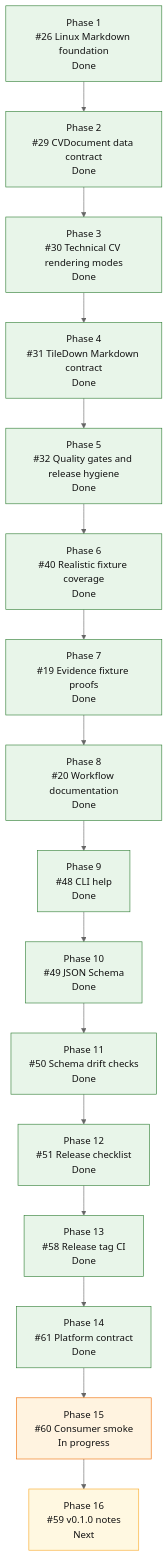
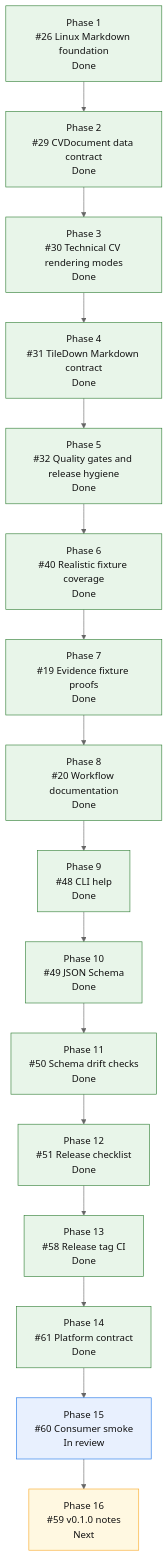
Before and after one commit to mihaelamj/cvbuilder: the diagram in README.md, drawn with Mermaid (neutral theme). The commit also changed 1 other file, not shown here.

Commit message:
docs(roadmap): mark consumer smoke in review

````diff
--- a/README.md
+++ b/README.md
@@ -167,32 +167,32 @@
 ```mermaid
 flowchart TD
     P1["Phase 1<br/>#26 Linux Markdown foundation<br/>Done"]
     P2["Phase 2<br/>#29 CVDocument data contract<br/>Done"]
     P3["Phase 3<br/>#30 Technical CV rendering modes<br/>Done"]
     P4["Phase 4<br/>#31 TileDown Markdown contract<br/>Done"]
     P5["Phase 5<br/>#32 Quality gates and release hygiene<br/>Done"]
     P6["Phase 6<br/>#40 Realistic fixture coverage<br/>Done"]
     P7["Phase 7<br/>#19 Evidence fixture proofs<br/>Done"]
     P8["Phase 8<br/>#20 Workflow documentation<br/>Done"]
     P9["Phase 9<br/>#48 CLI help<br/>Done"]
     P10["Phase 10<br/>#49 JSON Schema<br/>Done"]
     P11["Phase 11<br/>#50 Schema drift checks<br/>Done"]
     P12["Phase 12<br/>#51 Release checklist<br/>Done"]
     P13["Phase 13<br/>#58 Release tag CI<br/>Done"]
     P14["Phase 14<br/>#61 Platform contract<br/>Done"]
-    P15["Phase 15<br/>#60 Consumer smoke<br/>In progress"]
+    P15["Phase 15<br/>#60 Consumer smoke<br/>In review"]
     P16["Phase 16<br/>#59 v0.1.0 notes<br/>Next"]
 
     P1 --> P2 --> P3 --> P4 --> P5 --> P6 --> P7 --> P8 --> P9 --> P10 --> P11 --> P12 --> P13 --> P14 --> P15 --> P16
 
     classDef done fill:#e8f5e9,stroke:#2e7d32,color:#111;
     classDef active fill:#fff3e0,stroke:#ef6c00,color:#111;
     classDef review fill:#e8f0fe,stroke:#1a73e8,color:#111;
     classDef next fill:#fff8e1,stroke:#f9a825,color:#111;
     classDef partial fill:#e0f7fa,stroke:#00838f,color:#111;
     classDef todo fill:#eef3ff,stroke:#3367d6,color:#111;
     class P1,P2,P3,P4 done;
     class P5,P6,P7,P8,P9,P10,P11,P12,P13,P14 done;
-    class P15 active;
+    class P15 review;
     class P16 next;
 ```
````
